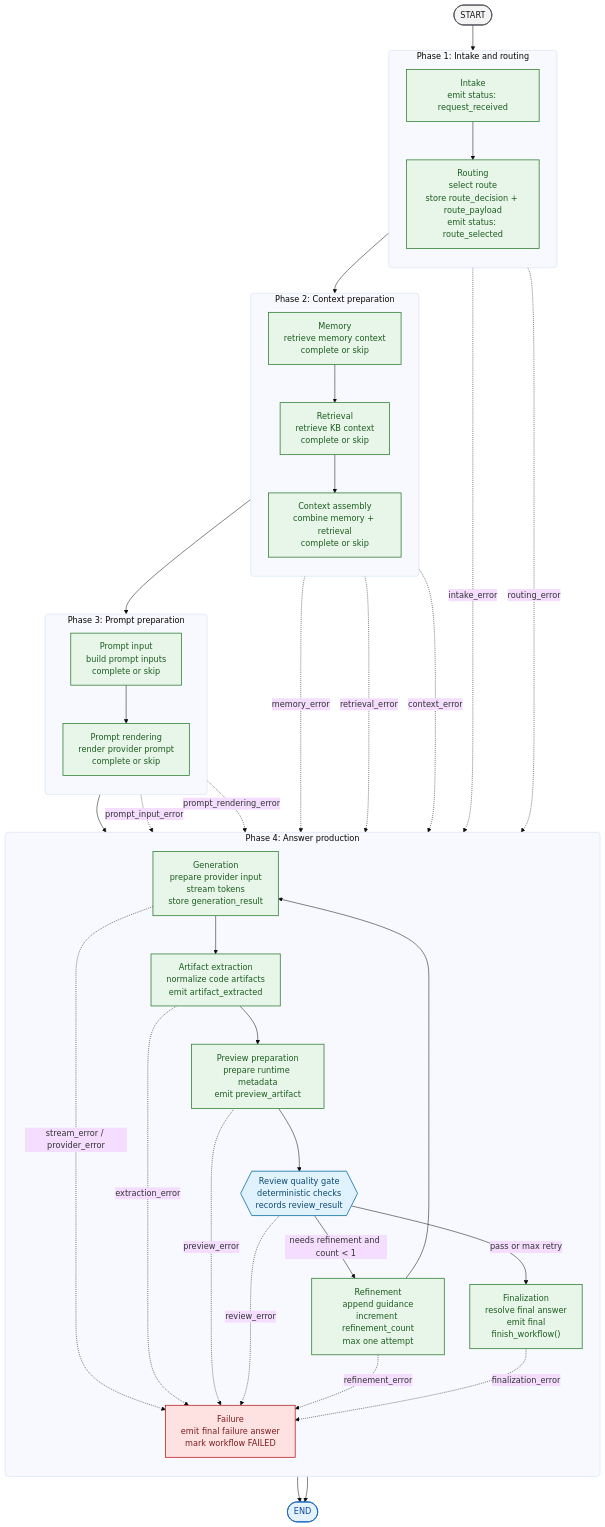
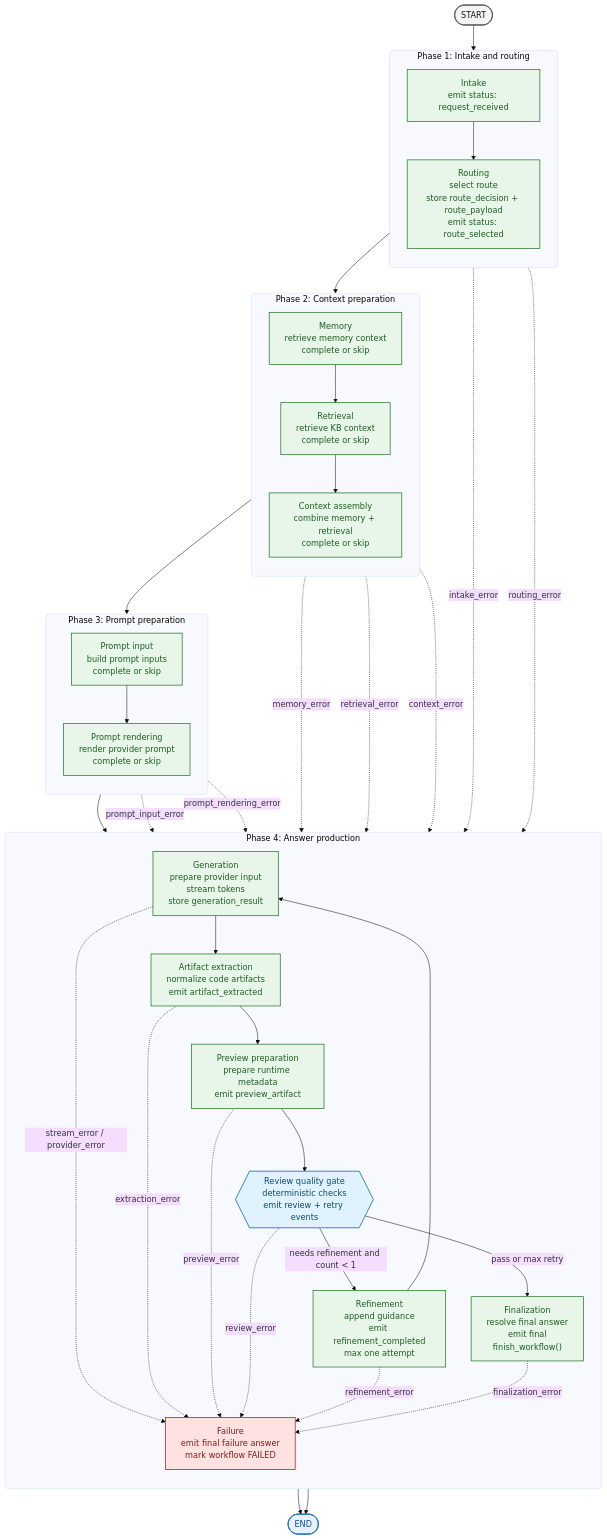
Before and after one commit to lmguerrini/creative-coding-assistant: the first of 3 diagrams in architecture/workflow_graph.md, drawn with Mermaid (base theme). The commit also changed other lines of this file and 26 other files, not shown here.

````diff
--- a/architecture/workflow_graph.md
+++ b/architecture/workflow_graph.md
@@ -22,69 +22,69 @@
 ```mermaid
 flowchart TB
     classDef boundary fill:#F4F4F5,stroke:#52525B,color:#18181B,stroke-width:1.5px;
     classDef implemented fill:#E8F5E9,stroke:#2E7D32,color:#1B5E20,stroke-width:1.5px;
     classDef gate fill:#E0F2FE,stroke:#0369A1,color:#0C4A6E,stroke-width:1.5px;
     classDef failure fill:#FEE2E2,stroke:#B91C1C,color:#7F1D1D,stroke-width:1.5px;
     classDef terminal fill:#E3F2FD,stroke:#1565C0,color:#0D47A1,stroke-width:1.5px;
 
     start([START])
     finish([END])
 
     subgraph phase_1["Phase 1: Intake and routing"]
         direction TB
         intake["Intake<br/>emit status: request_received"]
         routing["Routing<br/>select route<br/>store route_decision + route_payload<br/>emit status: route_selected"]
     end
 
     subgraph phase_2["Phase 2: Context preparation"]
         direction TB
         memory["Memory<br/>retrieve memory context<br/>complete or skip"]
         retrieval["Retrieval<br/>retrieve KB context<br/>complete or skip"]
         context_assembly["Context assembly<br/>combine memory + retrieval<br/>complete or skip"]
     end
 
     subgraph phase_3["Phase 3: Prompt preparation"]
         direction TB
         prompt_input["Prompt input<br/>build prompt inputs<br/>complete or skip"]
         prompt_rendering["Prompt rendering<br/>render provider prompt<br/>complete or skip"]
     end
 
     subgraph phase_4["Phase 4: Answer production"]
         direction TB
         generation["Generation<br/>prepare provider input<br/>stream tokens<br/>store generation_result"]
         artifact_extraction["Artifact extraction<br/>normalize code artifacts<br/>emit artifact_extracted"]
         preview_preparation["Preview preparation<br/>prepare runtime metadata<br/>emit preview_artifact"]
-        review{{"Review quality gate<br/>deterministic checks<br/>records review_result"}}
-        refinement["Refinement<br/>append guidance<br/>increment refinement_count<br/>max one attempt"]
+        review{{"Review quality gate<br/>deterministic checks<br/>emit review + retry events"}}
+        refinement["Refinement<br/>append guidance<br/>emit refinement_completed<br/>max one attempt"]
         finalization["Finalization<br/>resolve final answer<br/>emit final<br/>finish_workflow()"]
         failure["Failure<br/>emit final failure answer<br/>mark workflow FAILED"]
     end
 
     start --> intake --> routing --> memory --> retrieval --> context_assembly --> prompt_input --> prompt_rendering --> generation --> artifact_extraction --> preview_preparation --> review
     review -->|"pass or max retry"| finalization --> finish
     review -->|"needs refinement and count < 1"| refinement --> generation
     intake -. intake_error .-> failure
     routing -. routing_error .-> failure
     memory -. memory_error .-> failure
     retrieval -. retrieval_error .-> failure
     context_assembly -. context_error .-> failure
     prompt_input -. prompt_input_error .-> failure
     prompt_rendering -. prompt_rendering_error .-> failure
     generation -. stream_error / provider_error .-> failure
     artifact_extraction -. extraction_error .-> failure
     preview_preparation -. preview_error .-> failure
     review -. review_error .-> failure
     refinement -. refinement_error .-> failure
     finalization -. finalization_error .-> failure
     failure --> finish
 
     class start boundary
     class finish terminal
     class intake,routing,memory,retrieval,context_assembly,prompt_input,prompt_rendering,generation,artifact_extraction,preview_preparation,refinement,finalization implemented
     class review gate
     class failure failure
     style phase_1 rx:6px,ry:6px
     style phase_2 rx:6px,ry:6px
     style phase_3 rx:6px,ry:6px
     style phase_4 rx:6px,ry:6px
 ```
````
